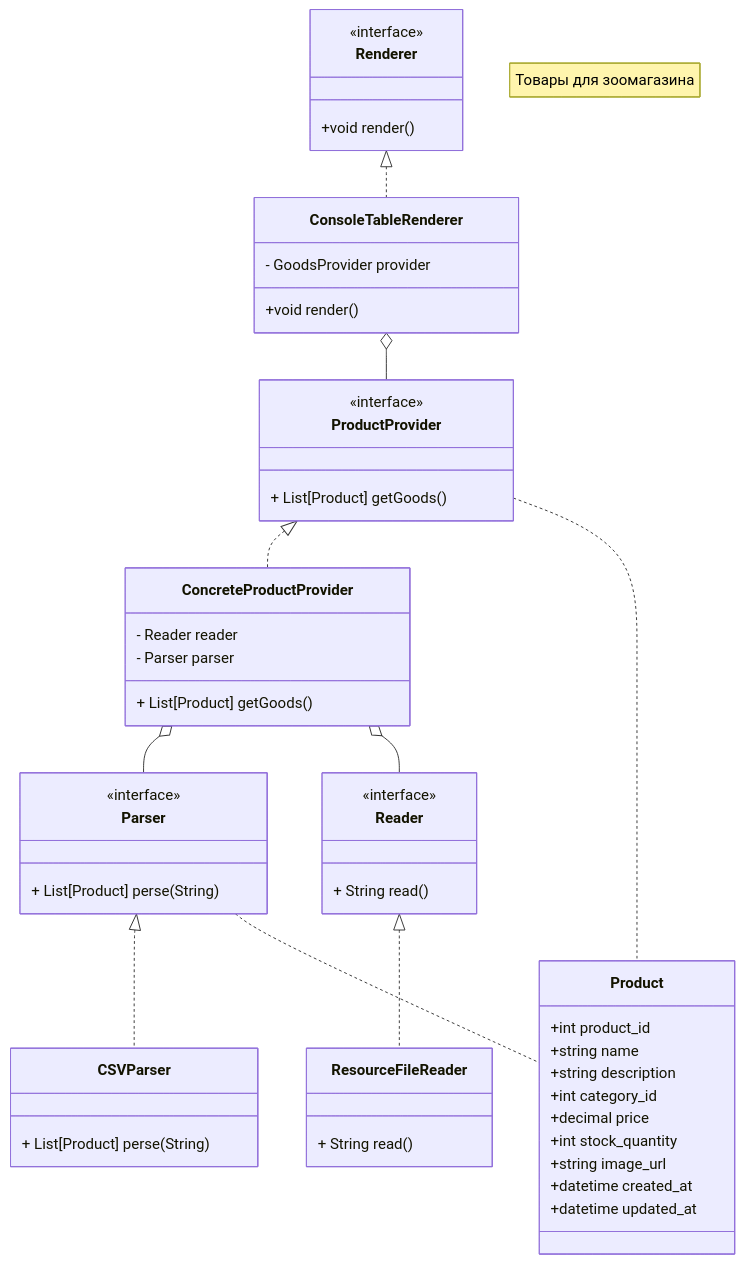
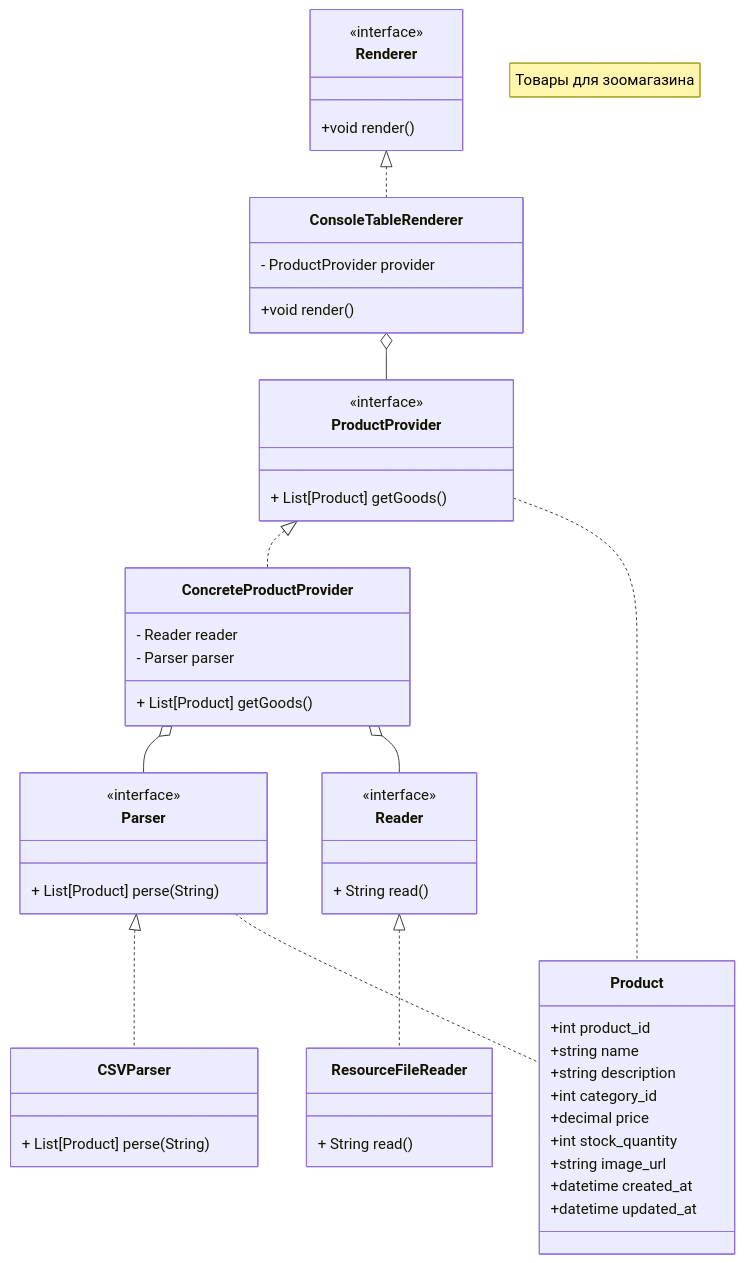
The diagram in les02/lab.md (zaic-bsu/cad-2025), drawn with Mermaid before and after one commit. The commit also changed other lines of this file and 1 other file, not shown here.

````diff
--- a/les02/lab.md
+++ b/les02/lab.md
@@ -39,67 +39,67 @@
 ``` mermaid
 
 classDiagram
     note "Товары для зоомагазина"
     Reader <|.. ResourceFileReader
     Parser <|.. CSVParser
     ProductProvider <|.. ConcreteProductProvider
     ConcreteProductProvider o-- Parser
     ConcreteProductProvider o-- Reader
     Renderer <|.. ConsoleTableRenderer
     ConsoleTableRenderer o-- ProductProvider
     ProductProvider .. Product
     Parser .. Product
 
     class  Product {
         +int product_id
         +string name
         +string description
         +int category_id
         +decimal price
         +int stock_quantity
         +string image_url
         +datetime created_at
         +datetime updated_at
     }
 
     class  Reader{
         + String read()
     }
     <<interface>> Reader
 
     class ResourceFileReader {
         + String read()
     }
 
     class  Parser{
         + List[Product] perse(String)
     }
     <<interface>> Parser
 
     class CSVParser {
         + List[Product] perse(String)
     }
 
     class  Renderer{
         +void render()
     }
     <<interface>> Renderer
 
     class ConsoleTableRenderer {
-        - GoodsProvider provider
+        - ProductProvider provider
         +void render()
     }
 
     class ProductProvider {
         + List[Product] getGoods()
     }
     <<interface>> ProductProvider
 
     class ConcreteProductProvider{
         - Reader reader
         - Parser parser
        + List[Product] getGoods()
     }
 
 
 ```
````
